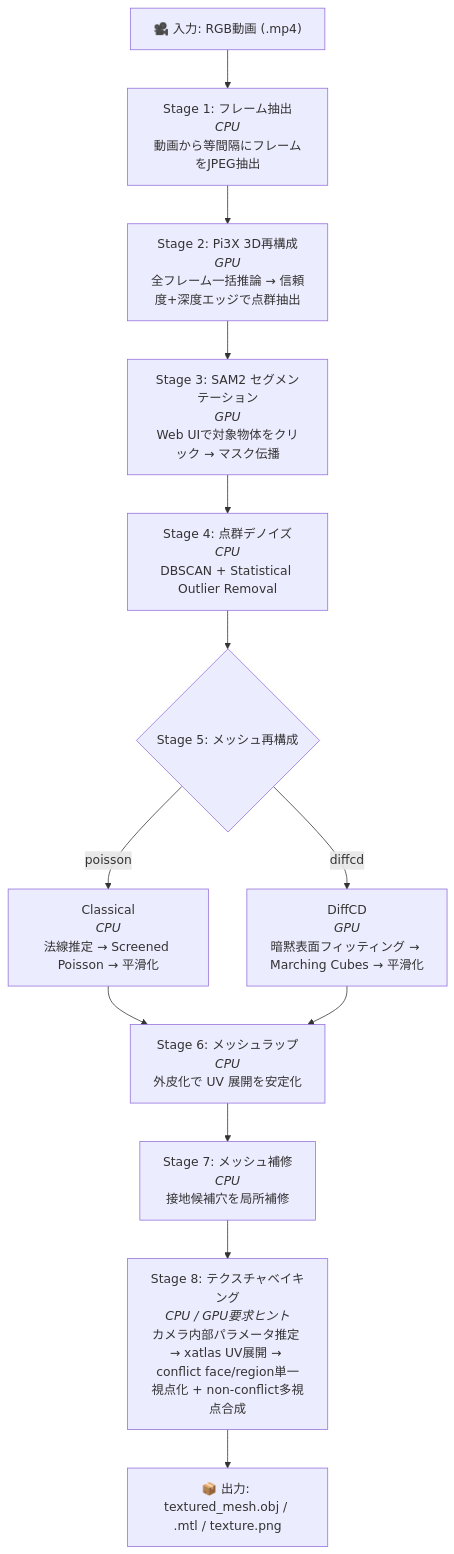
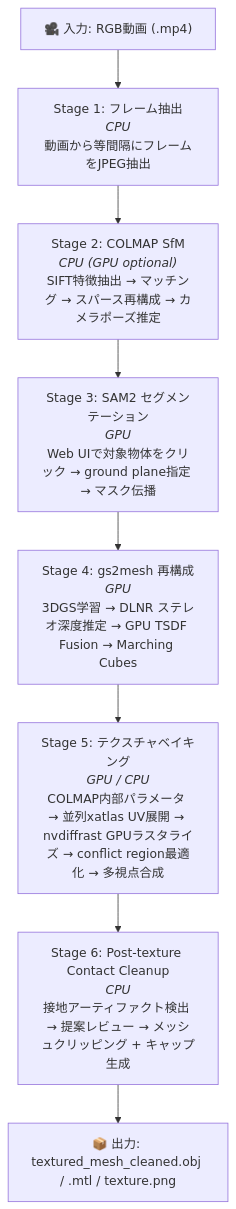
Before and after one commit to TANUKIpro/3d-recon-pipeline: the diagram in README.md, drawn with Mermaid. The commit also changed other lines of this file and 12 other files, not shown here.

````diff
--- a/README.md
+++ b/README.md
@@ -9,22 +9,13 @@
 ```mermaid
 graph TD
     INPUT["🎥 入力: RGB動画 (.mp4)"]
     S1["Stage 1: フレーム抽出<br/><i>CPU</i><br/>動画から等間隔にフレームをJPEG抽出"]
-    S2["Stage 2: Pi3X 3D再構成<br/><i>GPU</i><br/>全フレーム一括推論 → 信頼度+深度エッジで点群抽出"]
-    S3["Stage 3: SAM2 セグメンテーション<br/><i>GPU</i><br/>Web UIで対象物体をクリック → マスク伝播"]
-    S4["Stage 4: 点群デノイズ<br/><i>CPU</i><br/>DBSCAN + Statistical Outlier Removal"]
-    S5{"Stage 5: メッシュ再構成"}
-    S5C["Classical<br/><i>CPU</i><br/>法線推定 → Screened Poisson → 平滑化"]
-    S5D["DiffCD<br/><i>GPU</i><br/>暗黙表面フィッティング → Marching Cubes → 平滑化"]
-    S6["Stage 6: メッシュラップ<br/><i>CPU</i><br/>外皮化で UV 展開を安定化"]
-    S7["Stage 7: メッシュ補修<br/><i>CPU</i><br/>接地候補穴を局所補修"]
-    S8["Stage 8: テクスチャベイキング<br/><i>CPU / GPU要求ヒント</i><br/>カメラ内部パラメータ推定 → xatlas UV展開 → conflict face/region単一視点化 + non-conflict多視点合成"]
-    OUTPUT["📦 出力: textured_mesh.obj / .mtl / texture.png"]
+    S2["Stage 2: COLMAP SfM<br/><i>CPU (GPU optional)</i><br/>SIFT特徴抽出 → マッチング → スパース再構成 → カメラポーズ推定"]
+    S3["Stage 3: SAM2 セグメンテーション<br/><i>GPU</i><br/>Web UIで対象物体をクリック → ground plane指定 → マスク伝播"]
+    S4["Stage 4: gs2mesh 再構成<br/><i>GPU</i><br/>3DGS学習 → DLNR ステレオ深度推定 → GPU TSDF Fusion → Marching Cubes"]
+    S5["Stage 5: テクスチャベイキング<br/><i>GPU / CPU</i><br/>COLMAP内部パラメータ → 並列xatlas UV展開 → nvdiffrast GPUラスタライズ → conflict region最適化 → 多視点合成"]
+    S6["Stage 6: Post-texture Contact Cleanup<br/><i>CPU</i><br/>接地アーティファクト検出 → 提案レビュー → メッシュクリッピング + キャップ生成"]
+    OUTPUT["📦 出力: textured_mesh_cleaned.obj / .mtl / texture.png"]
 
-    INPUT --> S1 --> S2 --> S3 --> S4 --> S5
-    S5 -->|poisson| S5C
-    S5 -->|diffcd| S5D
-    S5C --> S6
-    S5D --> S6
-    S6 --> S7 --> S8 --> OUTPUT
+    INPUT --> S1 --> S2 --> S3 --> S4 --> S5 --> S6 --> OUTPUT
 ```
````
